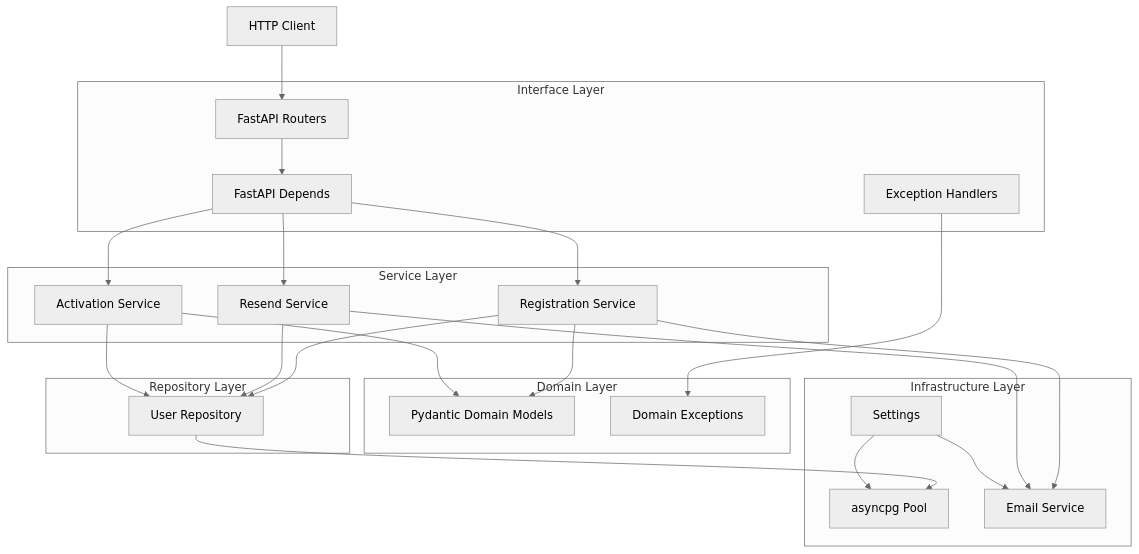
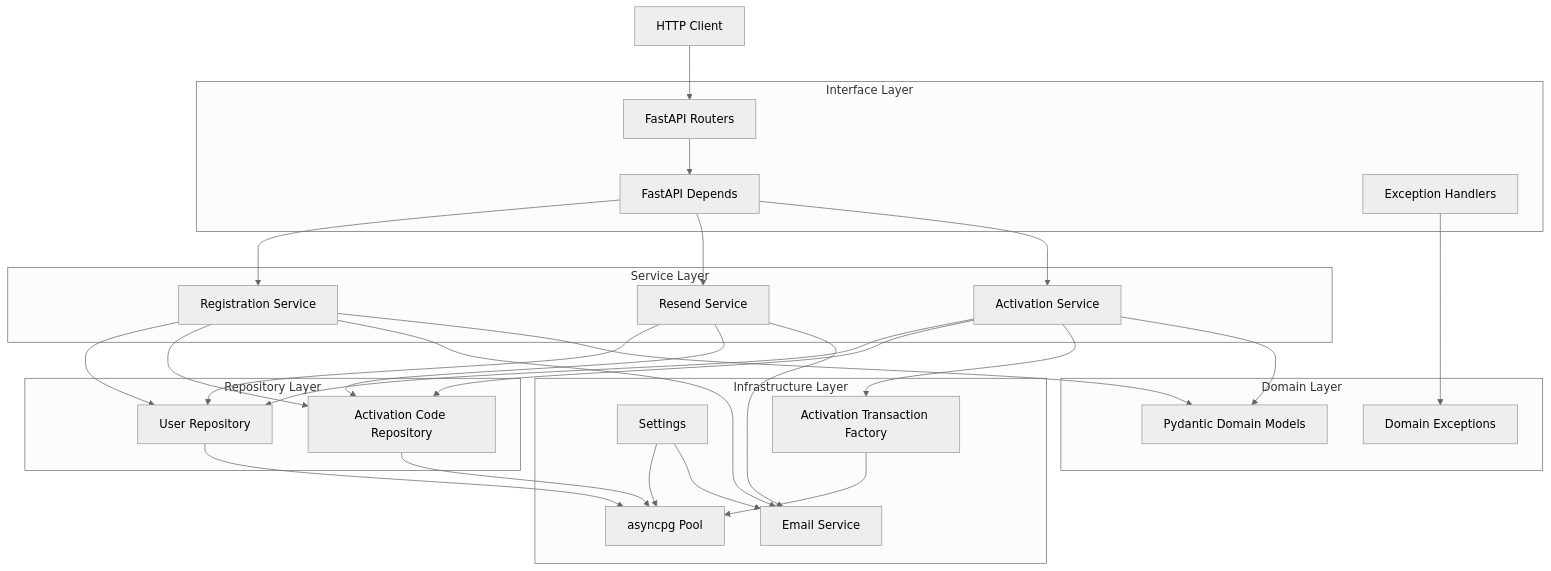
One commit to t4chyon6/registration_api changed the first of 3 diagrams in docs/architecture.md. Above: the diagram before and after it, drawn with Mermaid (neutral theme). The commit also changed other lines of this file and 6 other files, not shown here.

````diff
--- a/docs/architecture.md
+++ b/docs/architecture.md
@@ -10,48 +10,56 @@
 ```mermaid
 flowchart TD
     Client["HTTP Client"]
 
     subgraph apiLayer [Interface Layer]
         Router["FastAPI Routers"]
         Dependencies["FastAPI Depends"]
         ExceptionHandlers["Exception Handlers"]
     end
 
     subgraph serviceLayer [Service Layer]
         RegistrationService["Registration Service"]
         ResendService["Resend Service"]
         ActivationService["Activation Service"]
     end
 
     subgraph domainLayer [Domain Layer]
         DomainModels["Pydantic Domain Models"]
         DomainExceptions["Domain Exceptions"]
     end
 
     subgraph repositoryLayer [Repository Layer]
         UserRepository["User Repository"]
+        ActivationCodeRepository["Activation Code Repository"]
     end
 
     subgraph infrastructureLayer [Infrastructure Layer]
         Settings["Settings"]
         DatabasePool["asyncpg Pool"]
         EmailService["Email Service"]
+        TransactionFactory["Activation Transaction Factory"]
     end
 
     Client --> Router
     Router --> Dependencies
     Dependencies --> RegistrationService
     Dependencies --> ResendService
     Dependencies --> ActivationService
     RegistrationService --> UserRepository
     ResendService --> UserRepository
     ActivationService --> UserRepository
+    RegistrationService --> ActivationCodeRepository
+    ResendService --> ActivationCodeRepository
+    ActivationService --> ActivationCodeRepository
     RegistrationService --> EmailService
     ResendService --> EmailService
     UserRepository --> DatabasePool
+    ActivationCodeRepository --> DatabasePool
+    ActivationService --> TransactionFactory
+    TransactionFactory --> DatabasePool
     Settings --> DatabasePool
     Settings --> EmailService
     ExceptionHandlers --> DomainExceptions
     RegistrationService --> DomainModels
     ActivationService --> DomainModels
 ```
````
